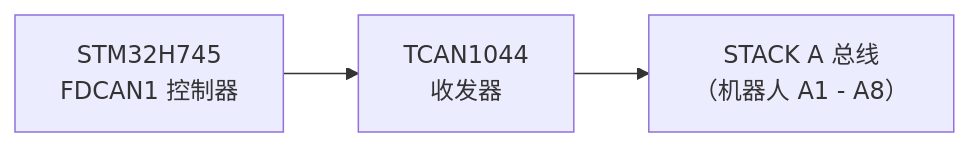
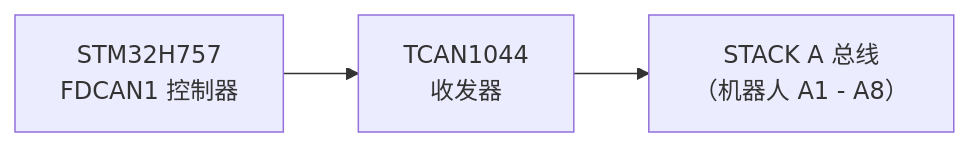
Before and after one commit to JuanenRac/HYDRA-UMC: the first of 2 diagrams in docs/HARDWARE_SPECIFICATION_zho.md, drawn with Mermaid. The commit also changed other lines of this file and 41 other files, not shown here.

````diff
--- a/docs/HARDWARE_SPECIFICATION_zho.md
+++ b/docs/HARDWARE_SPECIFICATION_zho.md
@@ -72,4 +72,4 @@
 ```mermaid
 flowchart LR
-    FDCAN1["STM32H745<br/>FDCAN1 控制器"] --> XCVR["TCAN1044<br/>收发器"] --> BUS["STACK A 总线<br/>（机器人 A1 - A8）"]
+    FDCAN1["STM32H757<br/>FDCAN1 控制器"] --> XCVR["TCAN1044<br/>收发器"] --> BUS["STACK A 总线<br/>（机器人 A1 - A8）"]
 ```
````
